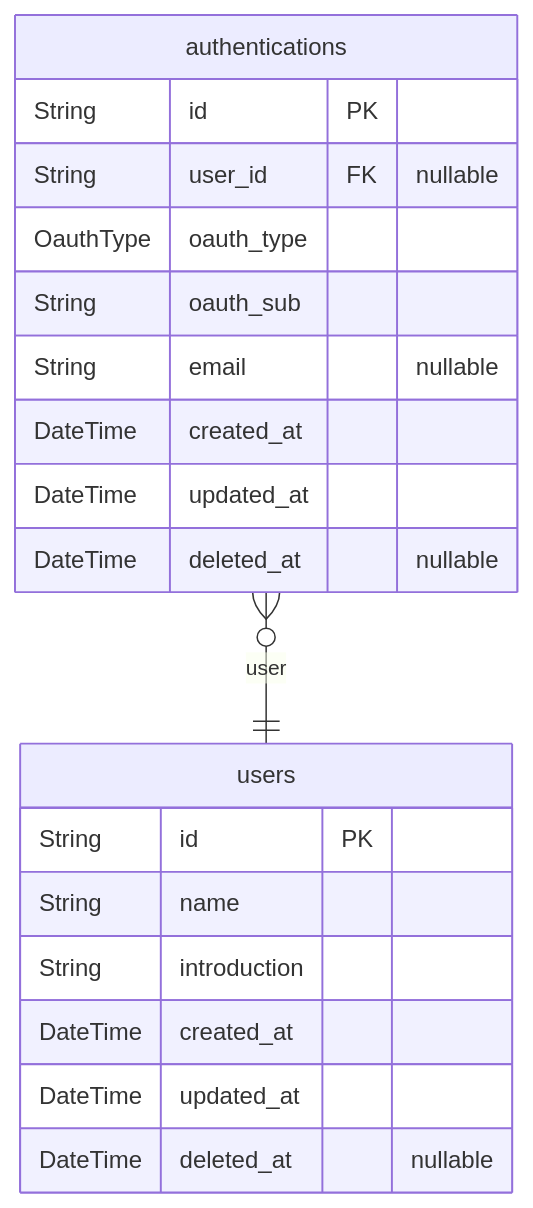
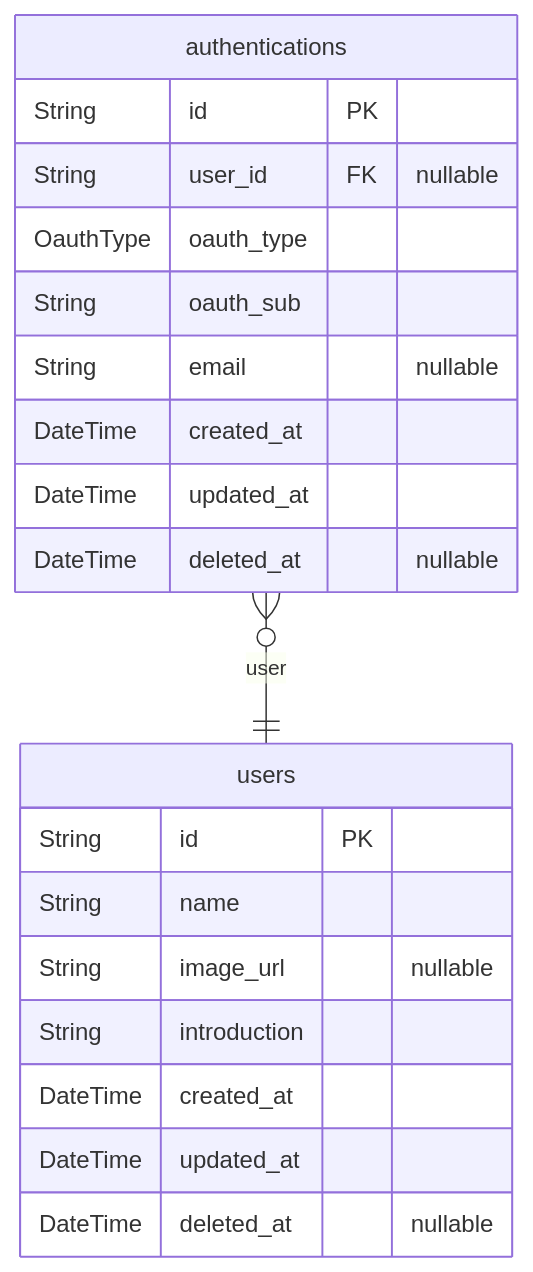
Before and after one commit to rojiwon123/bbs: the second of 2 diagrams in ERD.md, drawn with Mermaid. The commit also changed other lines of this file and 5 other files, not shown here.

````diff
--- a/ERD.md
+++ b/ERD.md
@@ -265,22 +223,23 @@
 ```mermaid
 erDiagram
 authentications {
     String id PK
     String user_id FK "nullable"
     OauthType oauth_type
     String oauth_sub
     String email "nullable"
     DateTime created_at
     DateTime updated_at
     DateTime deleted_at "nullable"
 }
 users {
     String id PK
     String name
+    String image_url "nullable"
     String introduction
     DateTime created_at
     DateTime updated_at
     DateTime deleted_at "nullable"
 }
 authentications }o--|| users : user
 ```
````
